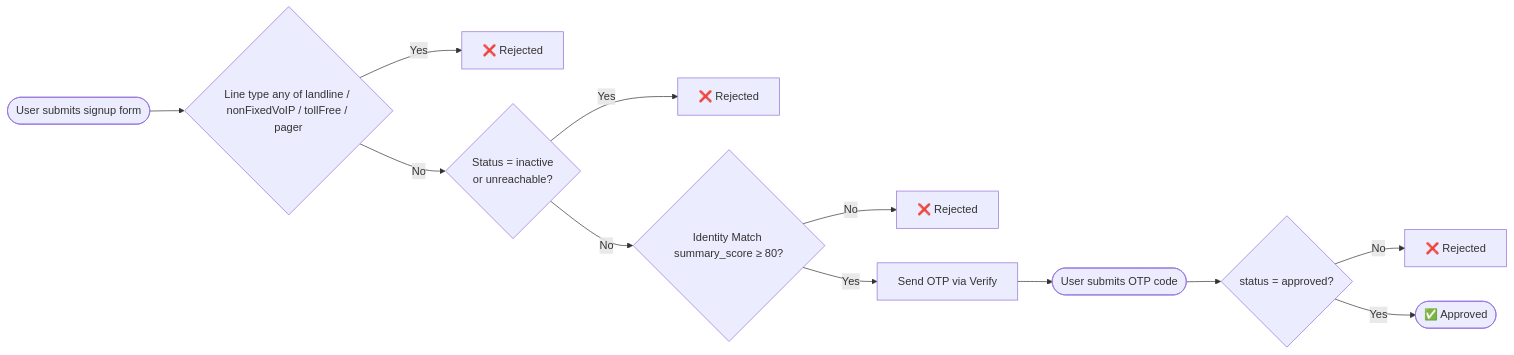
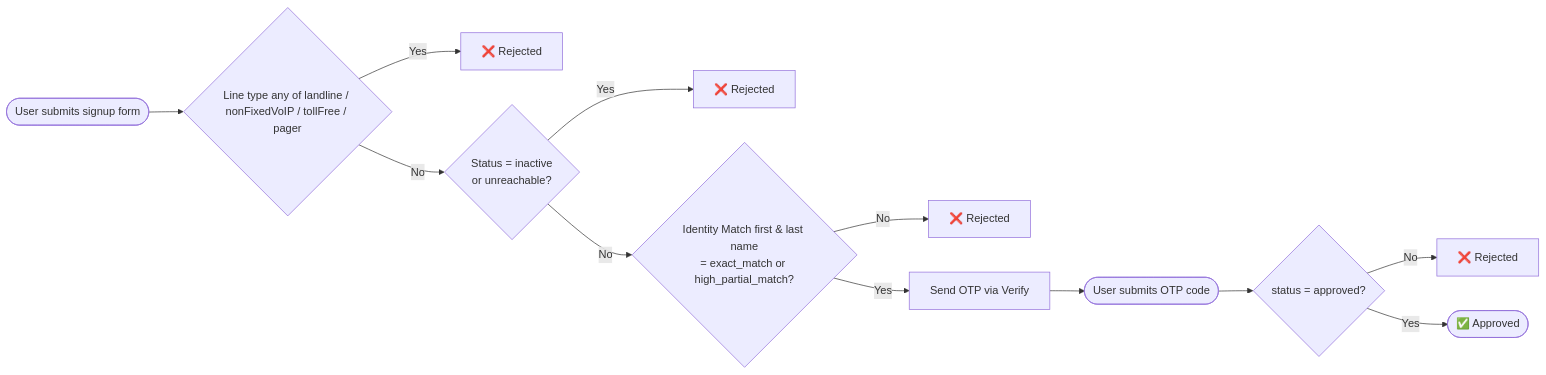
One commit to robinske/lookup-verify-onboarding-intelligence changed the diagram in README.md. Above: the diagram before and after it, drawn with Mermaid.

Commit message:
Update logic in flowchart

````diff
--- a/README.md
+++ b/README.md
@@ -1,15 +1,15 @@
 ```mermaid
 flowchart LR
     A([User submits signup form]) --> D{Line type any of landline / nonFixedVoIP / tollFree / pager}
     D -- Yes --> R3[❌ Rejected]
     D -- No --> F{Status = inactive<br/>or unreachable?}
     F -- Yes --> R5[❌ Rejected]
-    F -- No --> I{Identity Match summary_score ≥ 80?}
+    F -- No --> I{Identity Match first & last name<br/>= exact_match or high_partial_match?}
     I -- No --> R8[❌ Rejected]
 
     I -- Yes --> J[Send OTP via Verify]
     J --> K([User submits OTP code])
     K --> N{status = approved?}
     N -- No --> R12[❌ Rejected]
     N -- Yes --> Z([✅ Approved])
 ```
````
